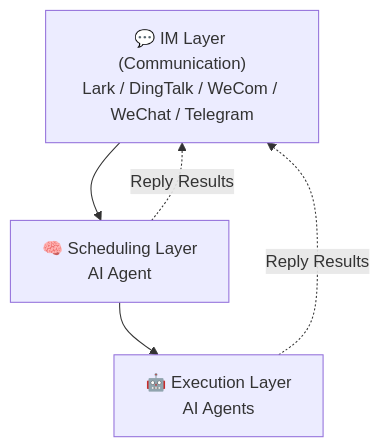
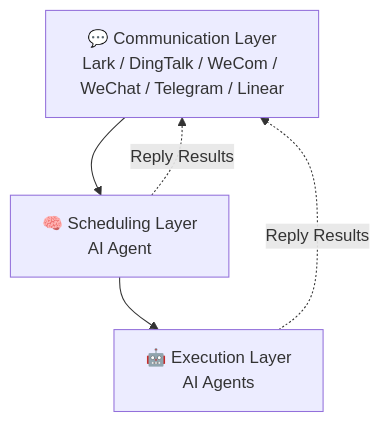
The diagram in README.md (theopenbee/openbee), drawn with Mermaid before and after one commit. The commit also changed other lines of this file and 1 other file, not shown here.

Commit message:
docs(readme): add Linear support

````diff
--- a/README.md
+++ b/README.md
@@ -123,7 +135,7 @@
 ```mermaid
 graph TD
-    A["💬 IM Layer (Communication)\nLark / DingTalk / WeCom / WeChat / Telegram"] --> B["🧠 Scheduling Layer\nAI Agent"]
+    A["💬 Communication Layer\nLark / DingTalk / WeCom / WeChat / Telegram / Linear"] --> B["🧠 Scheduling Layer\nAI Agent"]
     B --> C["🤖 Execution Layer\nAI Agents"]
     C -. "Reply Results" .-> A
     B -. "Reply Results" .-> A
 ```
````
